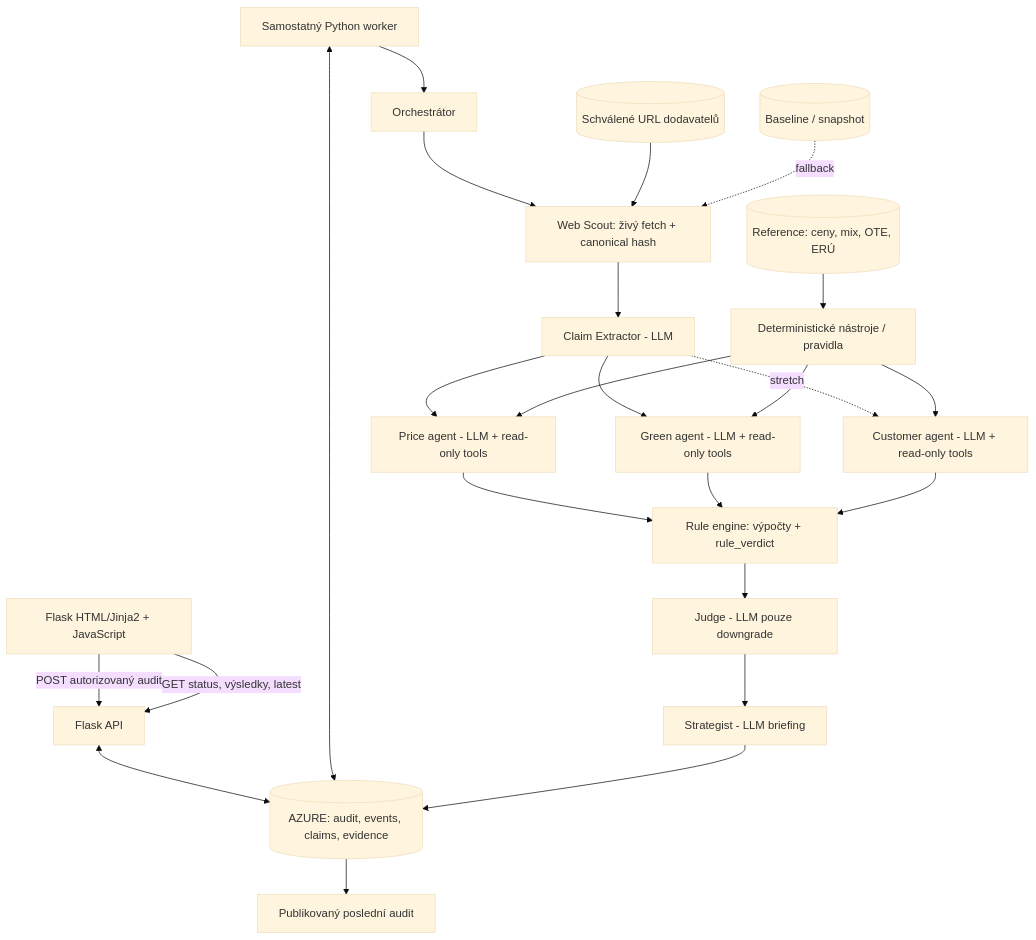
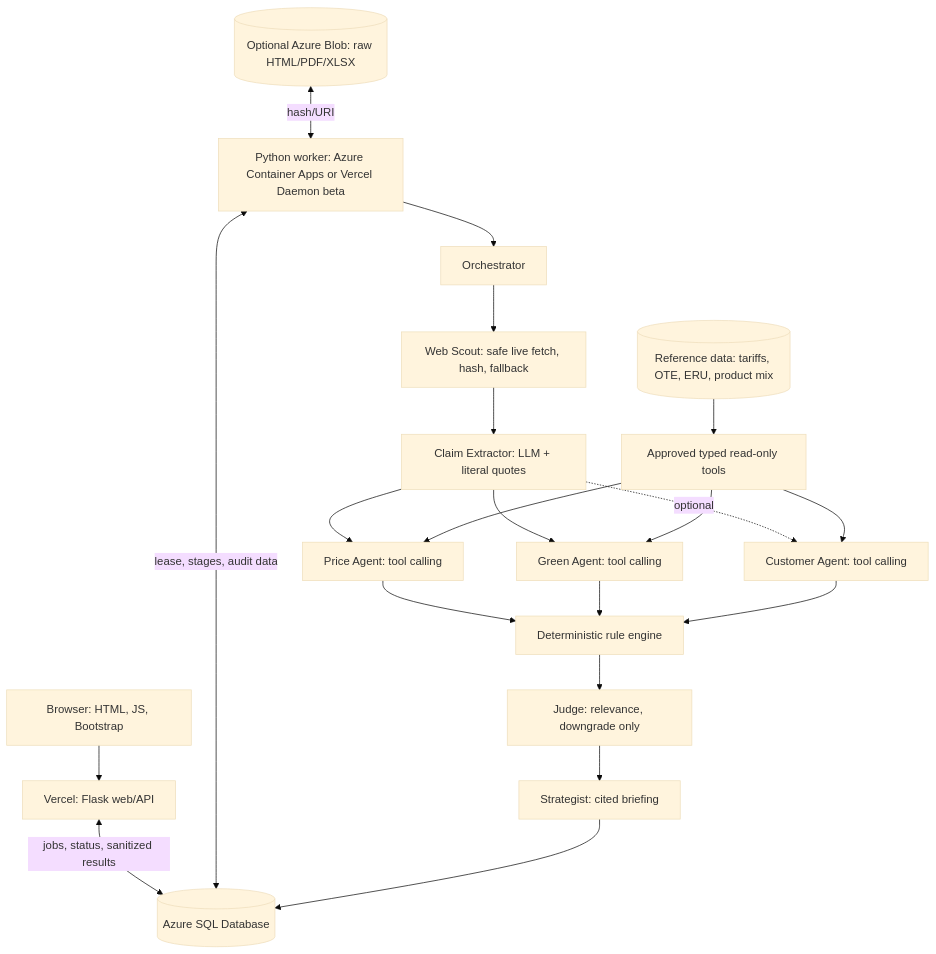
The diagram in docs/ARCHITECTURE.md (KTomsa/competitive-intelligence), drawn with Mermaid (base theme) before and after one commit. The commit also changed other lines of this file and 12 other files, not shown here.

First line of the commit message:
feat: Update architecture validation and implementation plan to v3

````diff
--- a/docs/ARCHITECTURE.md
+++ b/docs/ARCHITECTURE.md
@@ -18,26 +19,23 @@
 ```mermaid
 flowchart TB
-    UI[Flask HTML/Jinja2 + JavaScript] -->|POST autorizovaný audit| API[Flask API]
-    UI -->|GET status, výsledky, latest| API
-    API <--> DB[(AZURE: audit, events, claims, evidence)]
-    WORKER[Samostatný Python worker] <--> DB
-    WORKER --> O[Orchestrátor]
-    O --> W[Web Scout: živý fetch + canonical hash]
-    WEB[(Schválené URL dodavatelů)] --> W
-    FALL[(Baseline / snapshot)] -. fallback .-> W
-    W --> C[Claim Extractor - LLM]
-    C --> P[Price agent - LLM + read-only tools]
-    C --> G[Green agent - LLM + read-only tools]
-    C -. stretch .-> A[Customer agent - LLM + read-only tools]
-    REF[(Reference: ceny, mix, OTE, ERÚ)] --> TOOLS[Deterministické nástroje / pravidla]
+    B[Browser: HTML, JS, Bootstrap] --> F[Vercel: Flask web/API]
+    F <-->|jobs, status, sanitized results| DB[(Azure SQL Database)]
+    W[Python worker: Azure Container Apps or Vercel Daemon beta] <-->|lease, stages, audit data| DB
+    W --> O[Orchestrator]
+    O --> S[Web Scout: safe live fetch, hash, fallback]
+    S --> C[Claim Extractor: LLM + literal quotes]
+    C --> P[Price Agent: tool calling]
+    C --> G[Green Agent: tool calling]
+    C -. optional .-> U[Customer Agent: tool calling]
+    P --> R[Deterministic rule engine]
+    G --> R
+    U --> R
+    R --> J[Judge: relevance, downgrade only]
+    J --> T[Strategist: cited briefing]
+    T --> DB
+    REF[(Reference data: tariffs, OTE, ERU, product mix)] --> TOOLS[Approved typed read-only tools]
     TOOLS --> P
     TOOLS --> G
-    TOOLS --> A
-    P --> RULES[Rule engine: výpočty + rule_verdict]
-    G --> RULES
-    A --> RULES
-    RULES --> J[Judge - LLM pouze downgrade]
-    J --> S[Strategist - LLM briefing]
-    S --> DB
-    DB --> PUB[Publikovaný poslední audit]
+    TOOLS --> U
+    ART[(Optional Azure Blob: raw HTML/PDF/XLSX)] <-->|hash/URI| W
 ```
````
